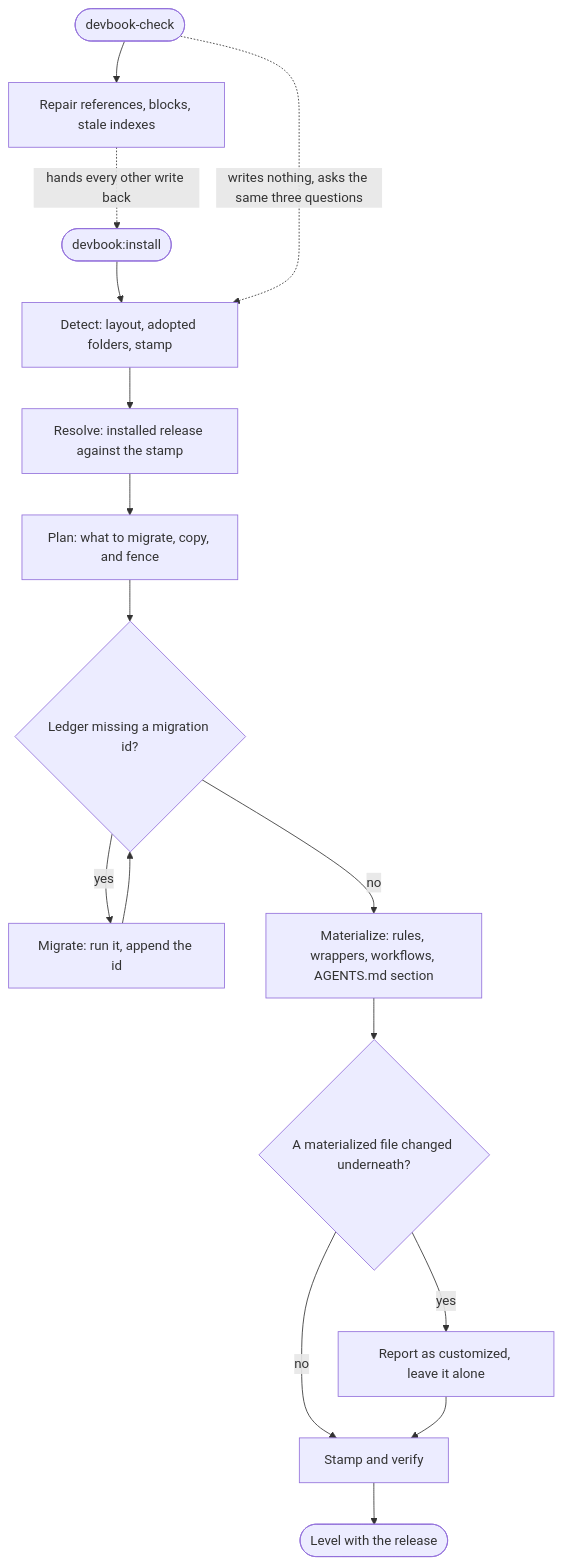
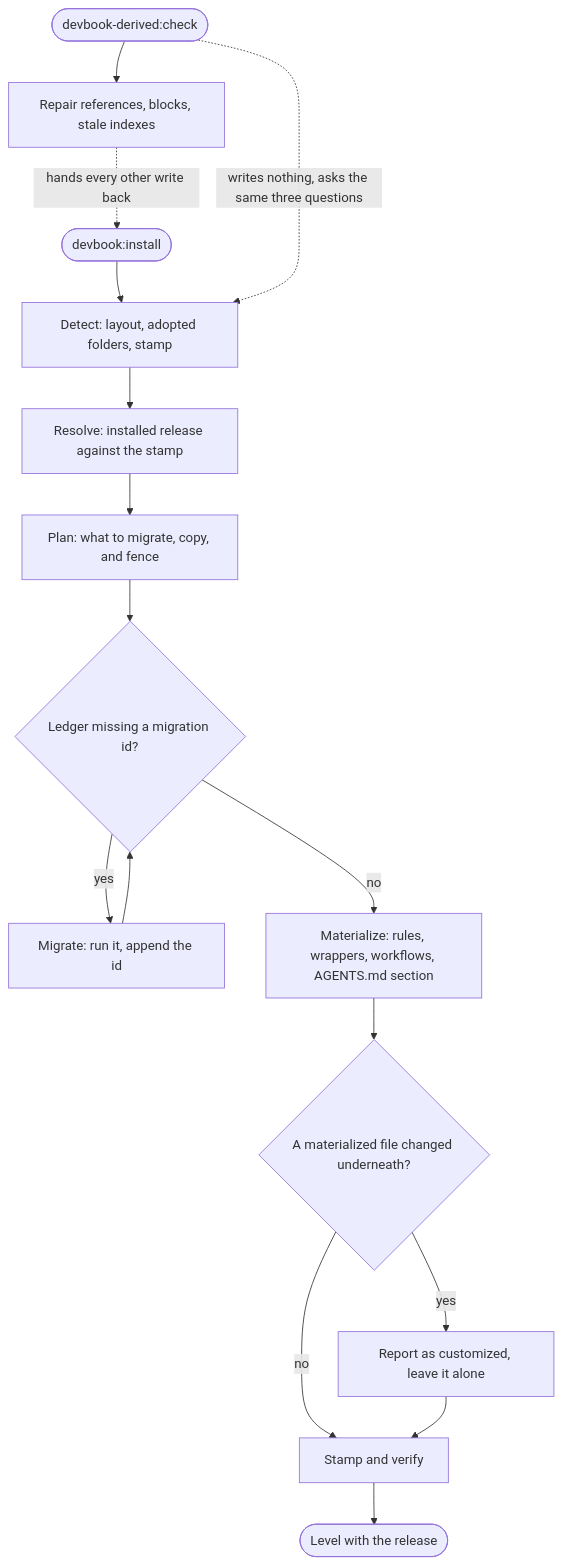
Before and after one commit to JSdotNet/devbook: the first of 3 diagrams in .devbook/domain/devbook/flow.md, drawn with Mermaid. The commit also changed 45 other files, not shown here.

First line of the commit message:
Move the tool-running skills to devbook-derived; devbook names no plugin

````diff
--- a/.devbook/domain/devbook/flow.md
+++ b/.devbook/domain/devbook/flow.md
@@ -18,19 +18,19 @@
 ```mermaid
 flowchart TD
     start(["devbook:install"]) --> detect["Detect: layout, adopted folders, stamp"]
     detect --> resolve["Resolve: installed release against the stamp"]
     resolve --> plan["Plan: what to migrate, copy, and fence"]
     plan --> pending{"Ledger missing a migration id?"}
     pending -->|yes| migrate["Migrate: run it, append the id"]
     migrate --> pending
     pending -->|no| materialize["Materialize: rules, wrappers, workflows, AGENTS.md section"]
     materialize --> drift{"A materialized file changed underneath?"}
     drift -->|yes| report["Report as customized, leave it alone"]
     drift -->|no| stamp["Stamp and verify"]
     report --> stamp
     stamp --> done(["Level with the release"])
 
-    check(["devbook-check"]) -.->|"writes nothing, asks the same three questions"| detect
+    check(["devbook-derived:check"]) -.->|"writes nothing, asks the same three questions"| detect
     check --> repair["Repair references, blocks, stale indexes"]
     repair -.->|"hands every other write back"| start
 ```
````
